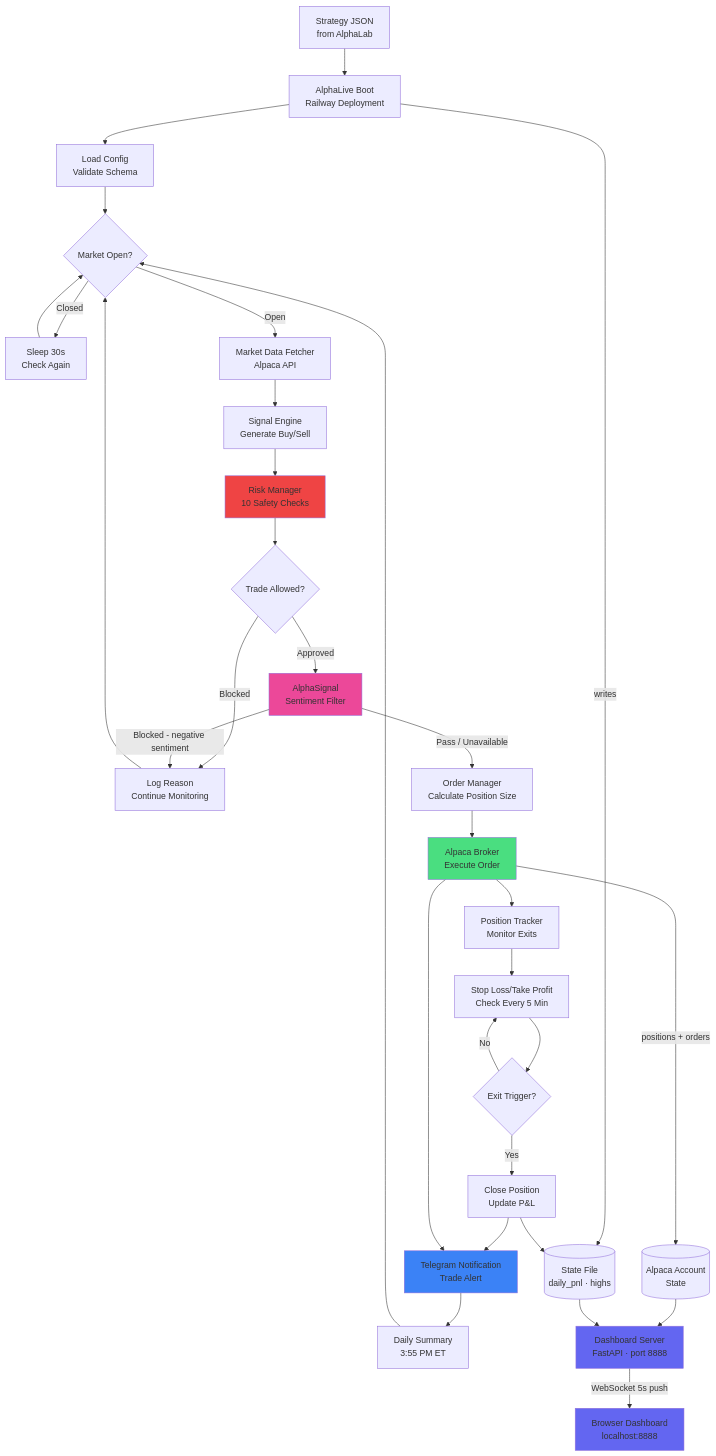
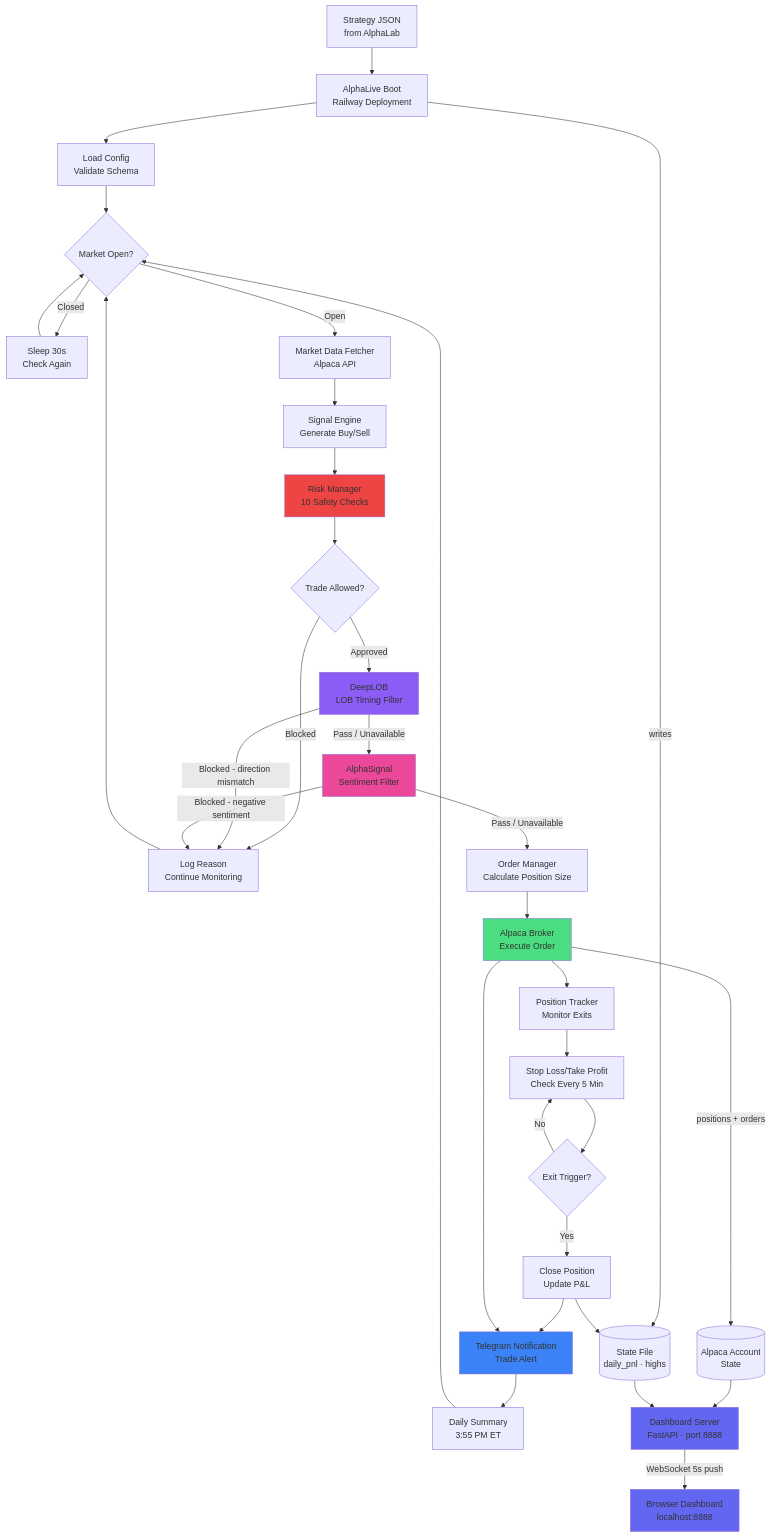
One commit to bernardoguterres/AlphaLive changed the diagram in README.md. Above: the diagram before and after it, drawn with Mermaid. The commit also changed other lines of this file and 4 other files, not shown here.

Commit message:
feat(integration-D): wire DeepLOB execution timing filter into pre-execution gate

````diff
--- a/README.md
+++ b/README.md
@@ -223,41 +224,44 @@
 ```mermaid
 flowchart TD
     A[Strategy JSON<br/>from AlphaLab] --> B[AlphaLive Boot<br/>Railway Deployment]
     B --> C[Load Config<br/>Validate Schema]
     C --> D{Market Open?}
     D -->|Closed| E[Sleep 30s<br/>Check Again]
     E --> D
     D -->|Open| F[Market Data Fetcher<br/>Alpaca API]
     F --> G[Signal Engine<br/>Generate Buy/Sell]
     G --> H[Risk Manager<br/>10 Safety Checks]
     H --> I{Trade Allowed?}
     I -->|Blocked| J[Log Reason<br/>Continue Monitoring]
-    I -->|Approved| AS[AlphaSignal<br/>Sentiment Filter]
+    I -->|Approved| DL[DeepLOB<br/>LOB Timing Filter]
+    DL -->|Pass / Unavailable| AS[AlphaSignal<br/>Sentiment Filter]
+    DL -->|Blocked - direction mismatch| J
     AS -->|Pass / Unavailable| K[Order Manager<br/>Calculate Position Size]
     AS -->|Blocked - negative sentiment| J
     K --> L[Alpaca Broker<br/>Execute Order]
     L --> M[Position Tracker<br/>Monitor Exits]
     M --> N[Stop Loss/Take Profit<br/>Check Every 5 Min]
     N --> O{Exit Trigger?}
     O -->|Yes| P[Close Position<br/>Update P&L]
     O -->|No| N
     P --> Q[Telegram Notification<br/>Trade Alert]
     L --> Q
     Q --> R[Daily Summary<br/>3:55 PM ET]
     R --> D
     J --> D
 
     L -->|positions + orders| S[(Alpaca Account<br/>State)]
     B -->|writes| T[(State File<br/>daily_pnl · highs)]
     P --> T
     S --> U[Dashboard Server<br/>FastAPI · port 8888]
     T --> U
     U -->|WebSocket 5s push| V[Browser Dashboard<br/>localhost:8888]
 
     style H fill:#ef4444
+    style DL fill:#8b5cf6
     style AS fill:#ec4899
     style L fill:#4ade80
     style Q fill:#3b82f6
     style U fill:#6366f1
     style V fill:#6366f1
 ```
````
